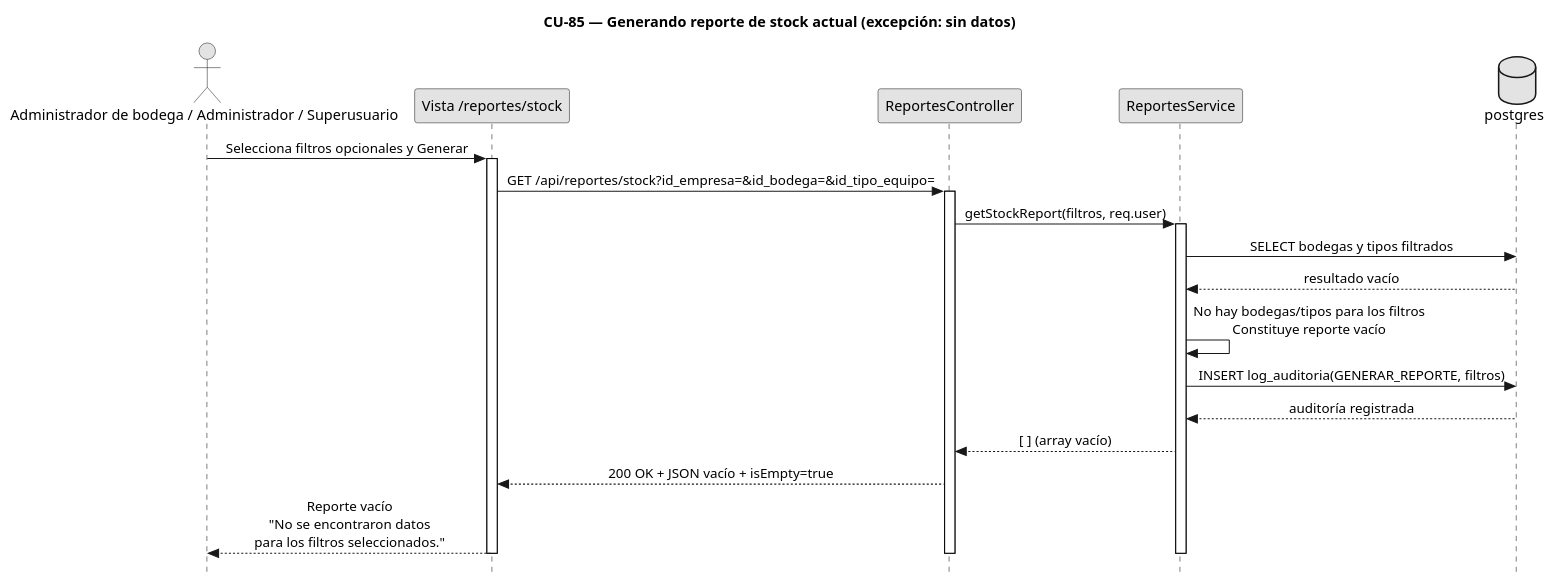
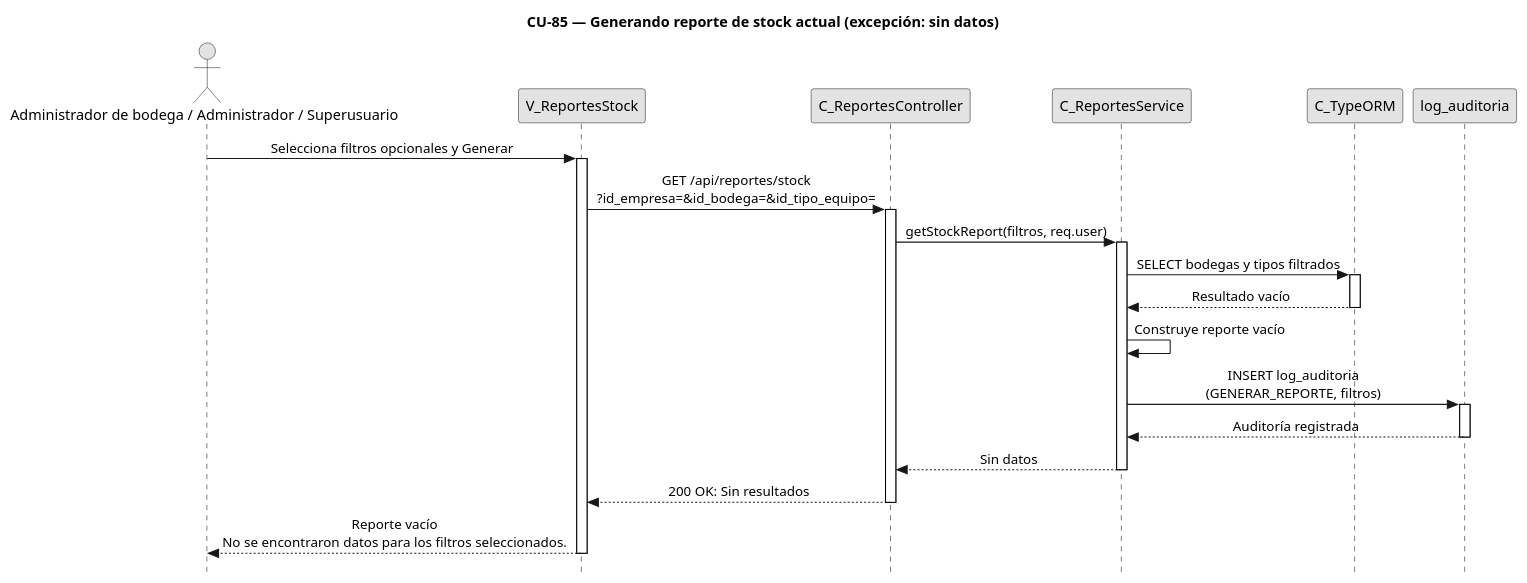
One commit to FSM-Finet-y-Cable-Magico/Team_1-Inventario-y-Bodega changed the diagram in diagramas/diagramas-secuencia/CU85/CU85-excepciones.puml. Above: the diagram before and after it, drawn with PlantUML. The commit also changed 35 other files, not shown here.

Commit message:
Arreglo de diagramas

```diff
--- a/diagramas/diagramas-secuencia/CU85/CU85-excepciones.puml
+++ b/diagramas/diagramas-secuencia/CU85/CU85-excepciones.puml
@@ -1,43 +1,48 @@
-@startuml CU85-ReporteStockActual-Excepciones
+@startuml CU85-excepciones
 title CU-85 — Generando reporte de stock actual (excepción: sin datos)
+
 skinparam style strictuml
 skinparam monochrome true
 skinparam shadowing false
-skinparam sequenceMessageAlign center
 <style>
 sequenceDiagram {
-	participant { Margin 35 }
-	actor { Margin 15 }
+  participant { Margin 25 }
+  actor { Margin 20 }
 }
 </style>
 skinparam sequence {
-	MessageAlign center
-	LifeLineBorderColor black
+  MessageAlign center
+  LifeLineBorderColor black
 }
 hide footbox
 
-actor "Administrador de bodega / Administrador / Superusuario" as Usuario
-participant "Vista /reportes/stock" as V
-participant "ReportesController" as C
-participant "ReportesService" as SVC
-database "postgres" as DB
+actor "Administrador de bodega / Administrador / Superusuario" as user
+participant "V_ReportesStock" as view
+participant "C_ReportesController" as ctrl
+participant "C_ReportesService" as svc
+participant "C_TypeORM" as orm
+participant "log_auditoria" as aent
 
-Usuario -> V : Selecciona filtros opcionales y Generar
-activate V
-V -> C : GET /api/reportes/stock?id_empresa=&id_bodega=&id_tipo_equipo=
-activate C
-C -> SVC : getStockReport(filtros, req.user)
-activate SVC
-SVC -> DB : SELECT bodegas y tipos filtrados
-DB --> SVC : resultado vacío
-SVC -> SVC : No hay bodegas/tipos para los filtros\nConstituye reporte vacío
-SVC -> DB : INSERT log_auditoria(GENERAR_REPORTE, filtros)
-DB --> SVC : auditoría registrada
-SVC --> C : [ ] (array vacío)
-C --> V : 200 OK + JSON vacío + isEmpty=true
-V --> Usuario : Reporte vacío\n"No se encontraron datos\npara los filtros seleccionados."
+user -> view : Selecciona filtros opcionales y Generar
+activate view
+view -> ctrl : GET /api/reportes/stock\n?id_empresa=&id_bodega=&id_tipo_equipo=
+activate ctrl
+ctrl -> svc : getStockReport(filtros, req.user)
+activate svc
+svc -> orm : SELECT bodegas y tipos filtrados
+activate orm
+orm --> svc : Resultado vacío
+deactivate orm
+svc -> svc : Construye reporte vacío
+svc -> aent : INSERT log_auditoria\n(GENERAR_REPORTE, filtros)
+activate aent
+aent --> svc : Auditoría registrada
+deactivate aent
+svc --> ctrl : Sin datos
+deactivate svc
+ctrl --> view : 200 OK: Sin resultados
+deactivate ctrl
+view --> user : Reporte vacío\nNo se encontraron datos para los filtros seleccionados.
+deactivate view
 
-deactivate SVC
-deactivate C
-deactivate V
 @enduml
```
